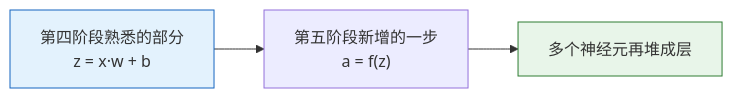
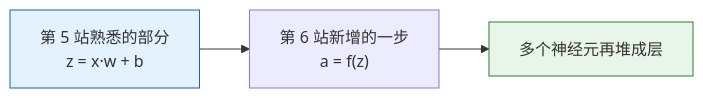
One commit to oudbiao/AI-fullstack-course changed the second of 5 diagrams in docs/stage5/ch01-nn-basics/01-neurons-activation.md. Above: the diagram before and after it, drawn with Mermaid. The commit also changed other lines of this file and 139 other files, not shown here.

````diff
--- a/docs/stage5/ch01-nn-basics/01-neurons-activation.md
+++ b/docs/stage5/ch01-nn-basics/01-neurons-activation.md
@@ -111,8 +111,8 @@
 ```mermaid
 flowchart LR
-    A["第四阶段熟悉的部分<br/>z = x·w + b"] --> B["第五阶段新增的一步<br/>a = f(z)"]
+    A["第 5 站熟悉的部分<br/>z = x·w + b"] --> B["第 6 站新增的一步<br/>a = f(z)"]
     B --> C["多个神经元再堆成层"]
 
     style A fill:#e3f2fd,stroke:#1565c0,color:#333
     style C fill:#e8f5e9,stroke:#2e7d32,color:#333
 ```
````
